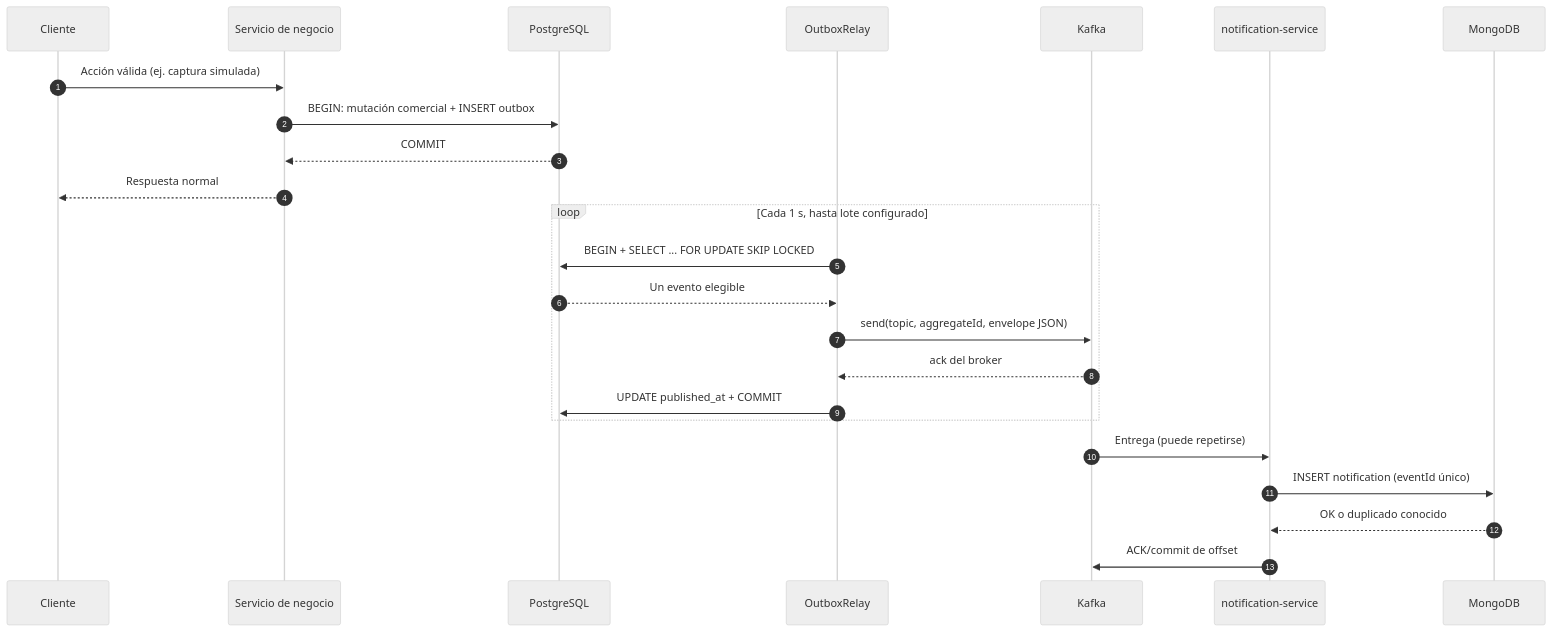
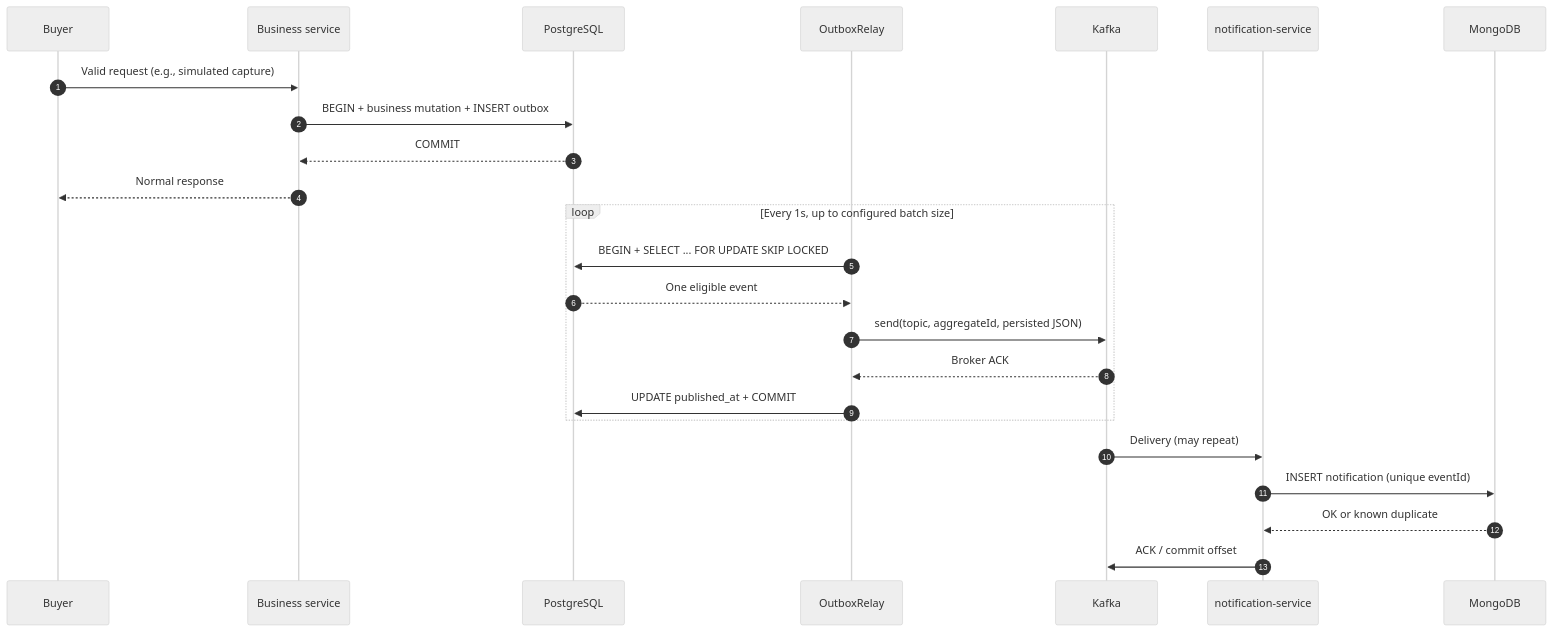
Before and after one commit to dab960405/tickeringsystem: the second of 2 diagrams in docs/phase-5/F5-01-technical-design.md, drawn with Mermaid (neutral theme). The commit also changed other lines of this file and 2 other files, not shown here.

````diff
--- a/docs/phase-5/F5-01-technical-design.md
+++ b/docs/phase-5/F5-01-technical-design.md
@@ -65,26 +67,26 @@
 ```mermaid
 sequenceDiagram
   autonumber
-  participant Client as Cliente
-  participant API as Servicio de negocio
+  participant Client as Buyer
+  participant API as Business service
   participant DB as PostgreSQL
   participant Relay as OutboxRelay
   participant K as Kafka
   participant N as notification-service
   participant M as MongoDB
-  Client->>API: Acción válida (ej. captura simulada)
-  API->>DB: BEGIN: mutación comercial + INSERT outbox
+  Client->>API: Valid request (e.g., simulated capture)
+  API->>DB: BEGIN + business mutation + INSERT outbox
   DB-->>API: COMMIT
-  API-->>Client: Respuesta normal
-  loop Cada 1 s, hasta lote configurado
+  API-->>Client: Normal response
+  loop Every 1s, up to configured batch size
     Relay->>DB: BEGIN + SELECT ... FOR UPDATE SKIP LOCKED
-    DB-->>Relay: Un evento elegible
-    Relay->>K: send(topic, aggregateId, envelope JSON)
-    K-->>Relay: ack del broker
+    DB-->>Relay: One eligible event
+    Relay->>K: send(topic, aggregateId, persisted JSON)
+    K-->>Relay: Broker ACK
     Relay->>DB: UPDATE published_at + COMMIT
   end
-  K->>N: Entrega (puede repetirse)
-  N->>M: INSERT notification (eventId único)
-  M-->>N: OK o duplicado conocido
-  N->>K: ACK/commit de offset
+  K->>N: Delivery (may repeat)
+  N->>M: INSERT notification (unique eventId)
+  M-->>N: OK or known duplicate
+  N->>K: ACK / commit offset
 ```
````
